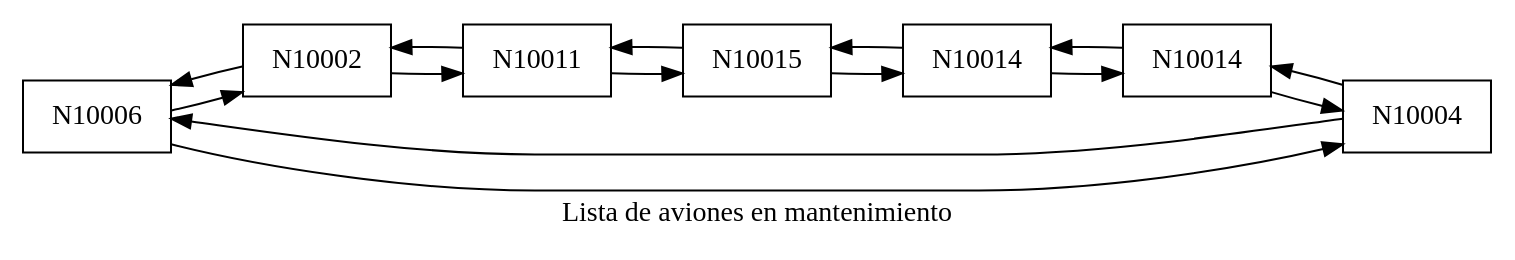
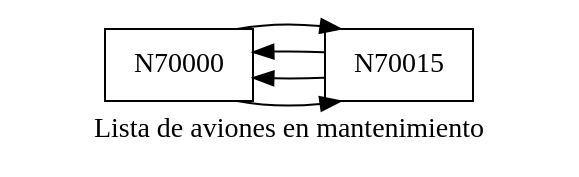
One commit to MarvinCastellanos/201700490_EDD_Proyecto changed the diagram in dot/avionesMantenimiento.dot. Above: the diagram before and after it, drawn with Graphviz. The commit also changed 21 other files, not shown here.

```diff
--- a/dot/avionesMantenimiento.dot
+++ b/dot/avionesMantenimiento.dot
@@ -1,26 +1,11 @@
 digraph G {
   rankdir=LR;
   label="Lista de aviones en mantenimiento";
   node [shape=record];
-  node0 [label=" N10006 "];
-  node1 [label=" N10002 "];
-  node2 [label=" N10011 "];
-  node3 [label=" N10015 "];
-  node4 [label=" N10014 "];
-  node5 [label=" N10014 "];
-  node6 [label=" N10004 "];
+  node0 [label=" N70000 "];
+  node1 [label=" N70015 "];
   node0 -> node1;
   node1 -> node0;
-  node1 -> node2;
-  node2 -> node1;
-  node2 -> node3;
-  node3 -> node2;
-  node3 -> node4;
-  node4 -> node3;
-  node4 -> node5;
-  node5 -> node4;
-  node5 -> node6;
-  node6 -> node5;
-  node6 -> node0;
-  node0 -> node6;
+  node1 -> node0;
+  node0 -> node1;
 }
```
